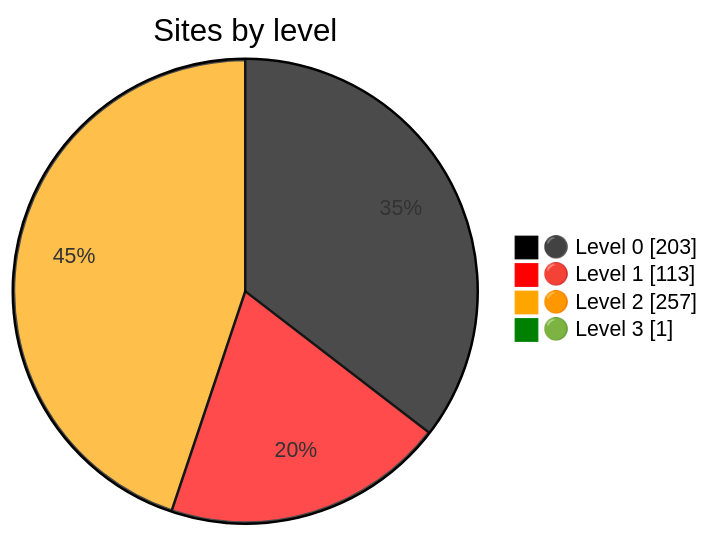
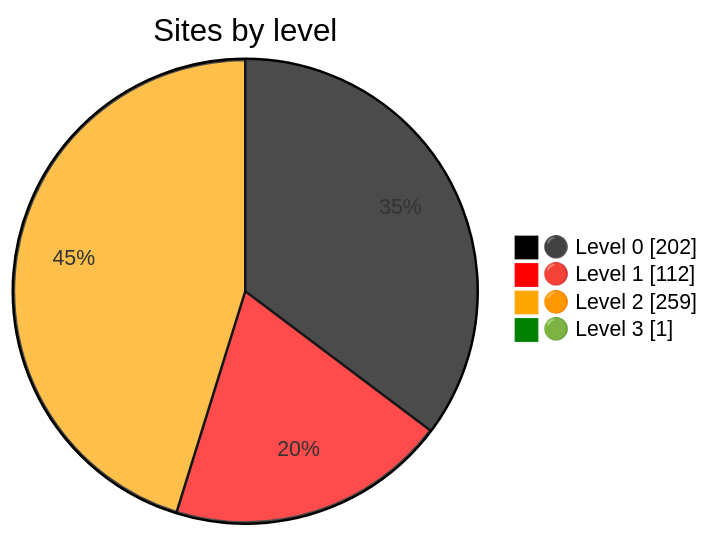
Before and after one commit to Dushmilan/gov_lk_web_auditor: the diagram in README.md, drawn with Mermaid. The commit also changed other lines of this file and 2553 other files, not shown here.

````diff
--- a/README.md
+++ b/README.md
@@ -24,9 +24,9 @@
 ```mermaid
 %%{init: {"themeVariables":{"pie1":"black","pie2":"red","pie3":"orange","pie4":"green"}}}%%
 pie showData
     title Sites by level
-    "⚫ Level 0" : 203
-    "🔴 Level 1" : 113
-    "🟠 Level 2" : 257
+    "⚫ Level 0" : 202
+    "🔴 Level 1" : 112
+    "🟠 Level 2" : 259
     "🟢 Level 3" : 1
 ```
````
